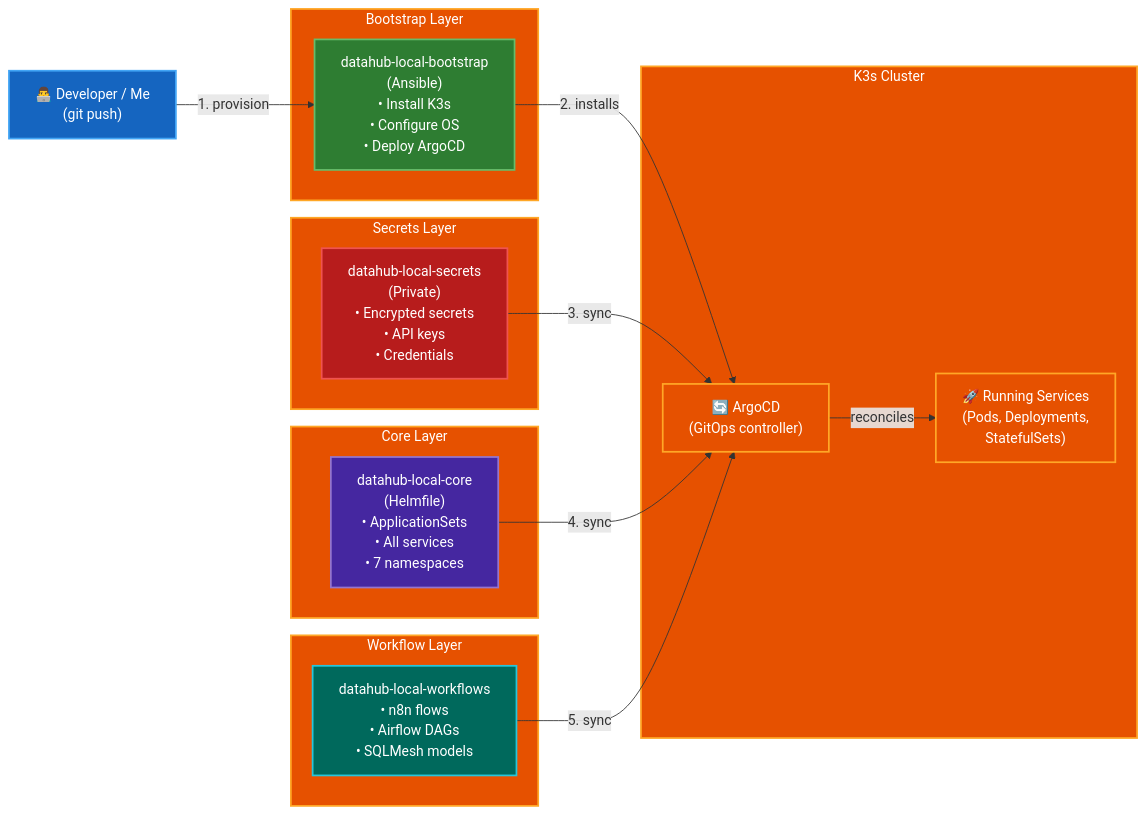
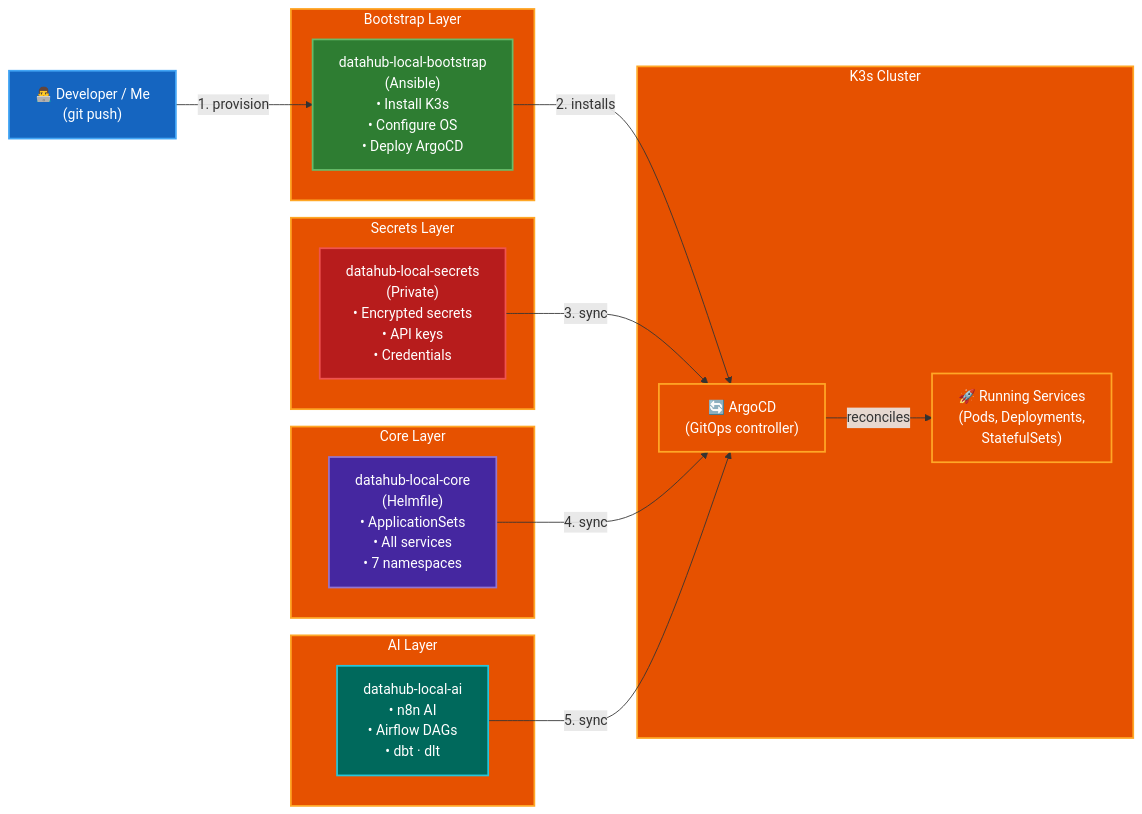
Before and after one commit to datahub-local/datahub-local: the fourth of 4 diagrams in docs/architecture/overview.md, drawn with Mermaid. The commit also changed other lines of this file and 11 other files, not shown here.

````diff
--- a/docs/architecture/overview.md
+++ b/docs/architecture/overview.md
@@ -204,39 +204,39 @@
 ```mermaid
 flowchart LR
     classDef dev fill:#1565C0,color:#fff,stroke:#42A5F5,stroke-width:2px
     classDef bootstrap fill:#2E7D32,color:#fff,stroke:#66BB6A,stroke-width:2px
     classDef secrets fill:#B71C1C,color:#fff,stroke:#EF5350,stroke-width:2px
     classDef core fill:#4527A0,color:#fff,stroke:#9575CD,stroke-width:2px
     classDef workflow fill:#00695C,color:#fff,stroke:#26C6DA,stroke-width:2px
     classDef cluster fill:#E65100,color:#fff,stroke:#FFA726,stroke-width:2px
 
     Dev["👨‍💻 Developer / Me\n(git push)"]:::dev
 
     subgraph "Bootstrap Layer"
         Ansible["datahub-local-bootstrap\n(Ansible)\n• Install K3s\n• Configure OS\n• Deploy ArgoCD"]:::bootstrap
     end
 
     subgraph "Secrets Layer"
         Secrets["datahub-local-secrets\n(Private)\n• Encrypted secrets\n• API keys\n• Credentials"]:::secrets
     end
 
     subgraph "Core Layer"
         Core["datahub-local-core\n(Helmfile)\n• ApplicationSets\n• All services\n• 7 namespaces"]:::core
     end
 
-    subgraph "Workflow Layer"
-        Workflows["datahub-local-workflows\n• n8n flows\n• Airflow DAGs\n• SQLMesh models"]:::workflow
+    subgraph "AI Layer"
+        AI["datahub-local-ai\n• n8n AI\n• Airflow DAGs\n• dbt · dlt"]:::workflow
     end
 
     subgraph "K3s Cluster"
         ArgoCD["🔄 ArgoCD\n(GitOps controller)"]:::cluster
         Services["🚀 Running Services\n(Pods, Deployments,\nStatefulSets)"]:::cluster
     end
 
     Dev -->|"1. provision"| Ansible
     Ansible -->|"2. installs"| ArgoCD
     Secrets -->|"3. sync"| ArgoCD
     Core -->|"4. sync"| ArgoCD
-    Workflows -->|"5. sync"| ArgoCD
+    AI -->|"5. sync"| ArgoCD
     ArgoCD -->|"reconciles"| Services
 ```
````
